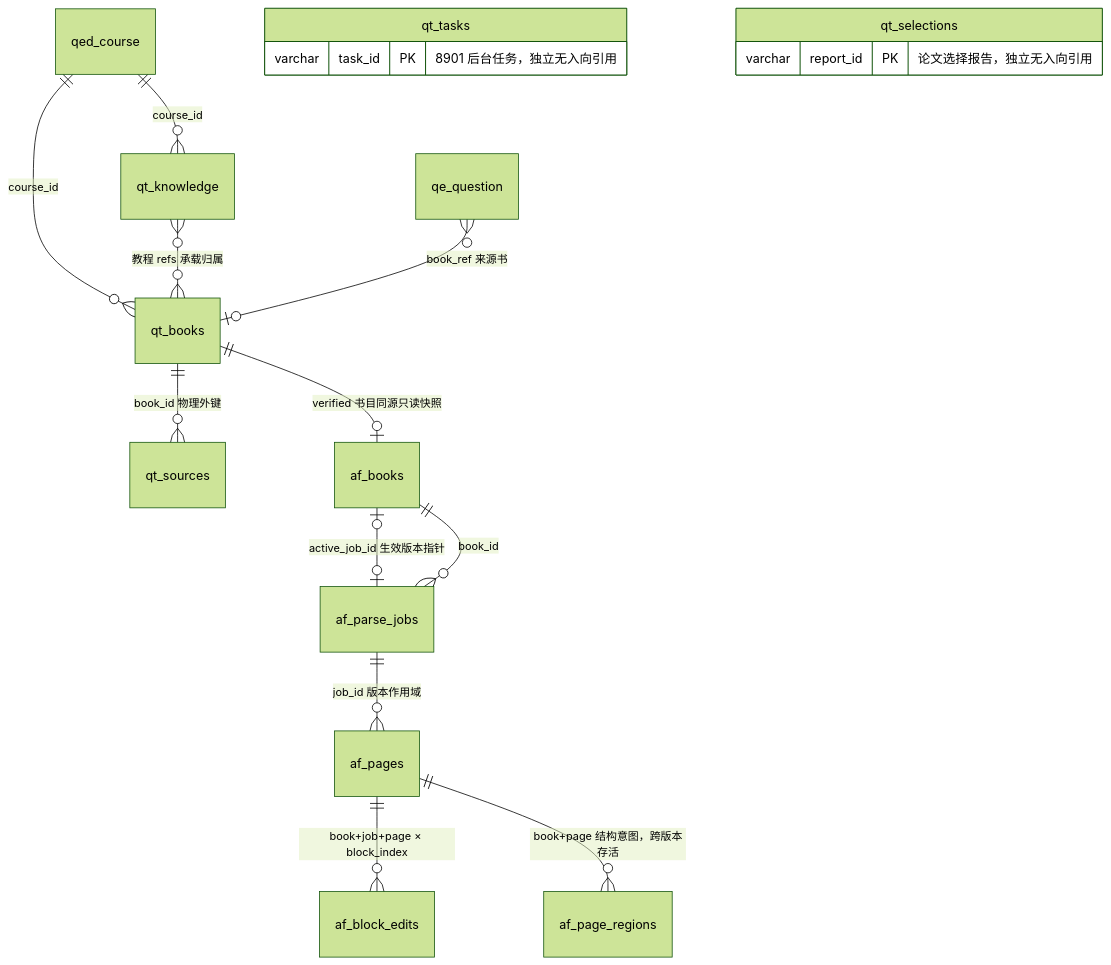
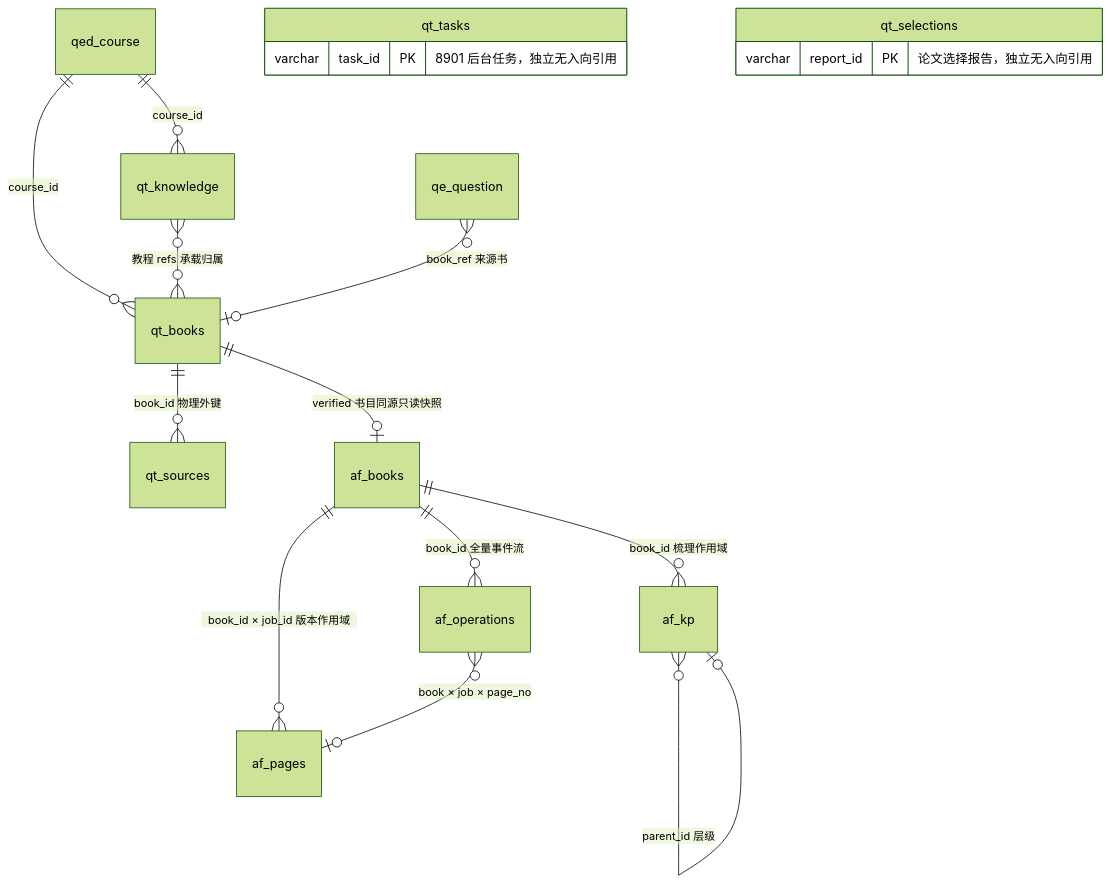
One commit to swfswf1234/QED-Engine changed the third of 3 diagrams in docs/architecture/database-design.md. Above: the diagram before and after it, drawn with Mermaid (forest theme). The commit also changed other lines of this file and 109 other files, not shown here.

````diff
--- a/docs/architecture/database-design.md
+++ b/docs/architecture/database-design.md
@@ -183,20 +192,20 @@
 ```mermaid
 erDiagram
     qed_course ||--o{ qt_knowledge : "course_id"
     qed_course ||--o{ qt_books : "course_id"
     qt_knowledge }o--o{ qt_books : "教程 refs 承载归属"
     qt_books ||--o{ qt_sources : "book_id 物理外键"
     qt_books ||--o| af_books : "verified 书目同源只读快照"
     qe_question }o--o| qt_books : "book_ref 来源书"
-    af_books |o--o| af_parse_jobs : "active_job_id 生效版本指针"
-    af_books ||--o{ af_parse_jobs : "book_id"
-    af_parse_jobs ||--o{ af_pages : "job_id 版本作用域"
-    af_pages ||--o{ af_block_edits : "book+job+page × block_index"
-    af_pages ||--o{ af_page_regions : "book+page 结构意图，跨版本存活"
+    af_books ||--o{ af_operations : "book_id 全量事件流"
+    af_books ||--o{ af_pages : "book_id × job_id 版本作用域"
+    af_books ||--o{ af_kp : "book_id 梳理作用域"
+    af_kp }o--o| af_kp : "parent_id 层级"
+    af_operations }o--o| af_pages : "book × job × page_no"
     qt_tasks {
         varchar task_id PK "8901 后台任务，独立无入向引用"
     }
     qt_selections {
         varchar report_id PK "论文选择报告，独立无入向引用"
     }
 ```
````
